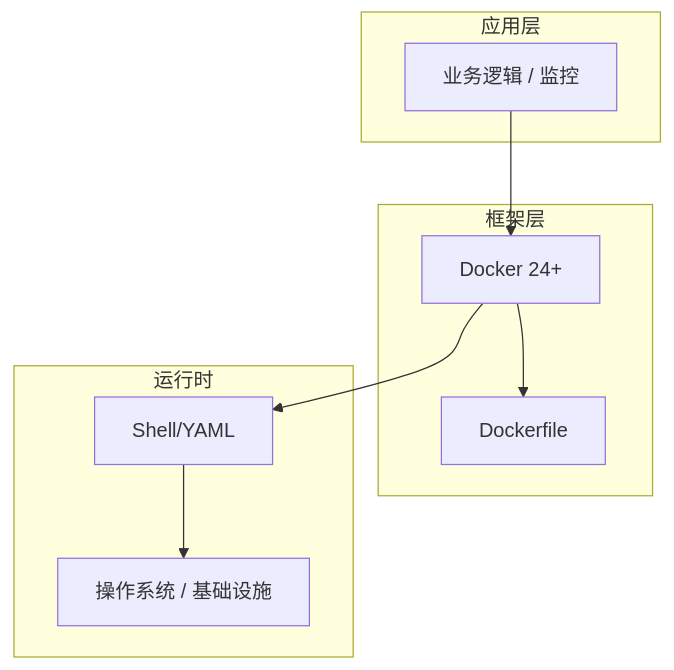
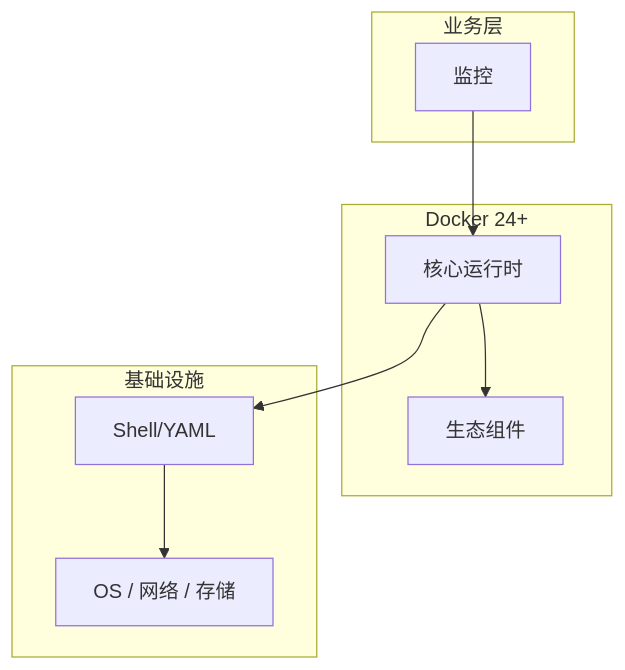
The diagram in articles/Docker/chapters/089-监控核心概念与原理.md (yanggan2015/knowledge-json-v2), drawn with Mermaid before and after one commit. The commit also changed other lines of this file and 10127 other files, not shown here.

````diff
--- a/articles/Docker/chapters/089-监控核心概念与原理.md
+++ b/articles/Docker/chapters/089-监控核心概念与原理.md
@@ -45,18 +34,18 @@
 ```mermaid
 graph TB
-    subgraph 应用层
-        A[业务逻辑 / 监控]
+    subgraph 业务层
+        A[监控]
     end
-    subgraph 框架层
-        B[Docker 24+]
-        C[Dockerfile]
+    subgraph Docker 24+
+        B[核心运行时]
+        C[生态组件]
     end
-    subgraph 运行时
+    subgraph 基础设施
         D[Shell/YAML]
-        E[操作系统 / 基础设施]
+        E[OS / 网络 / 存储]
     end
     A --> B
     B --> C
     B --> D
     D --> E
 ```
````
